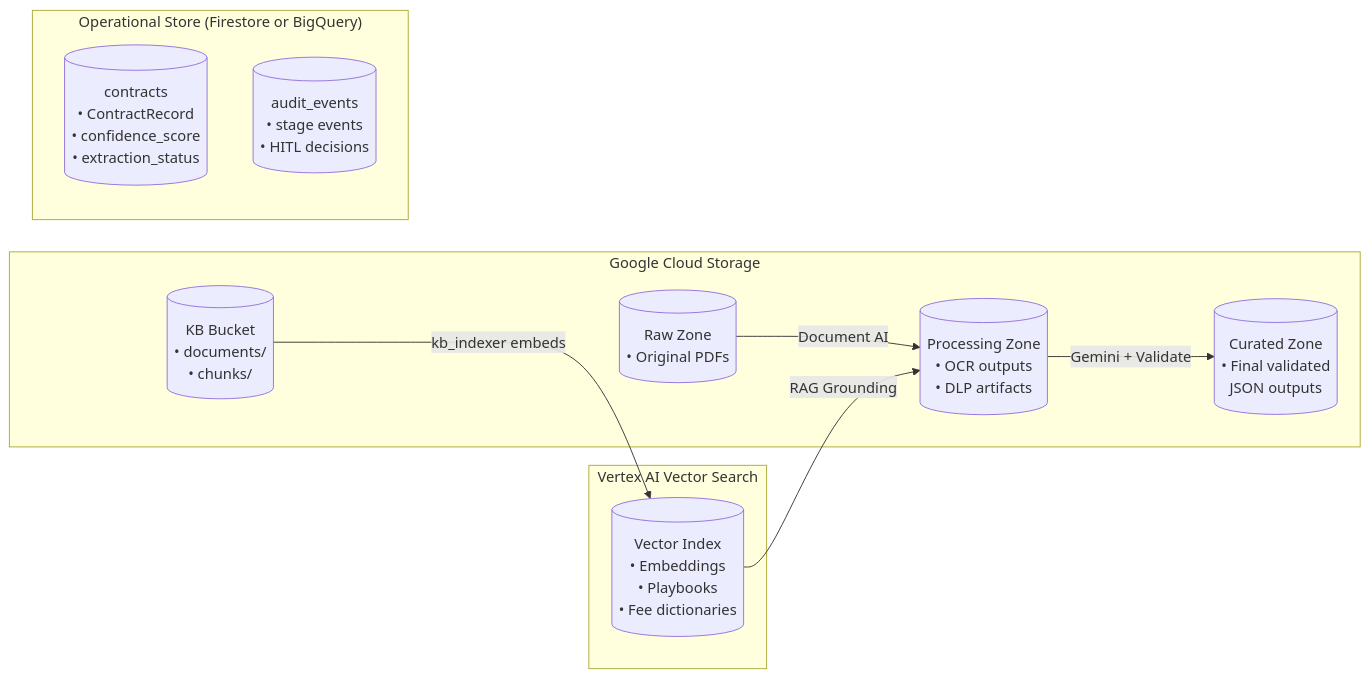
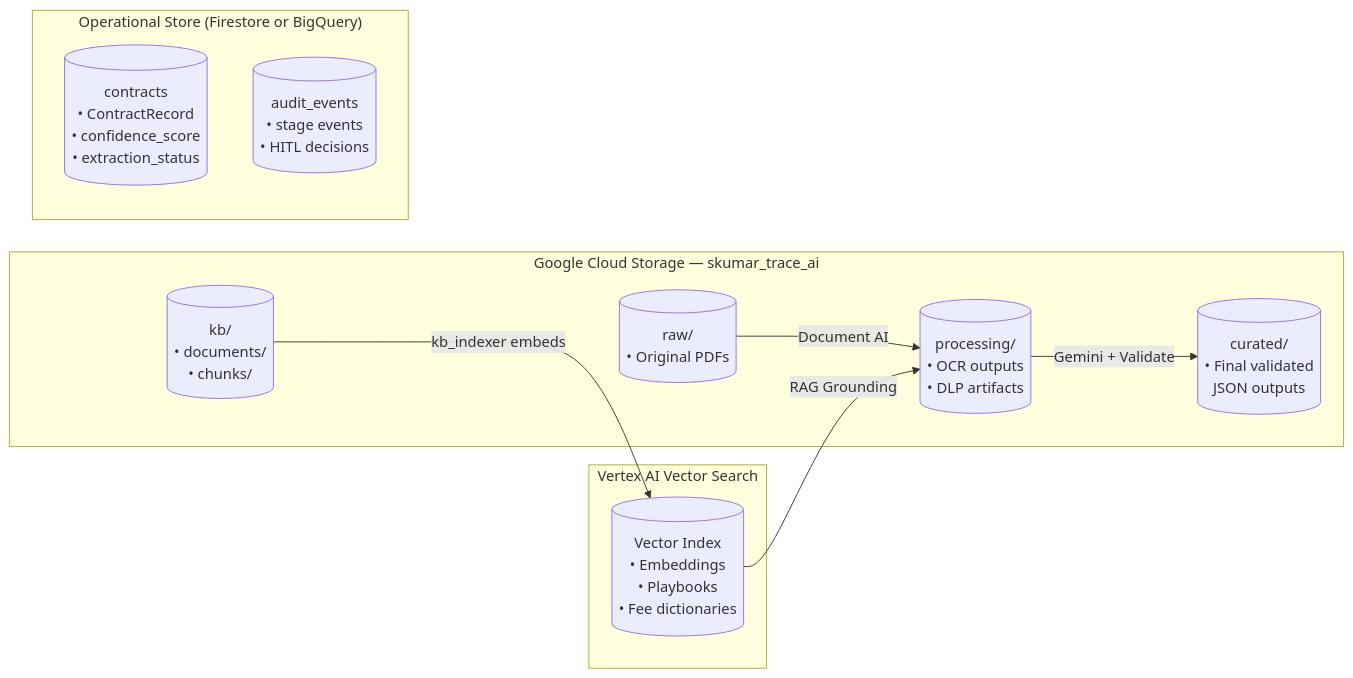
One commit to surendrapayal/trace-document-ai changed the fourth of 5 diagrams in docs/requirement/ARCHITECTURE_GCP.md. Above: the diagram before and after it, drawn with Mermaid. The commit also changed other lines of this file and 9 other files, not shown here.

````diff
--- a/docs/requirement/ARCHITECTURE_GCP.md
+++ b/docs/requirement/ARCHITECTURE_GCP.md
@@ -181,23 +181,23 @@
 ```mermaid
 graph LR
-    subgraph GCS["Google Cloud Storage"]
-        RAW[("Raw Zone\n• Original PDFs")]
-        PROC[("Processing Zone\n• OCR outputs\n• DLP artifacts")]
-        CURATED[("Curated Zone\n• Final validated\n  JSON outputs")]
-        KB[("KB Bucket\n• documents/\n• chunks/")]
+    subgraph GCS["Google Cloud Storage — skumar_trace_ai"]
+        RAW[("raw/\n• Original PDFs")]
+        PROC[("processing/\n• OCR outputs\n• DLP artifacts")]
+        CURATED[("curated/\n• Final validated\n  JSON outputs")]
+        KB[("kb/\n• documents/\n• chunks/")]
     end
 
     subgraph VECTOR["Vertex AI Vector Search"]
         IDX[("Vector Index\n• Embeddings\n• Playbooks\n• Fee dictionaries")]
     end
 
     subgraph FS["Operational Store (Firestore or BigQuery)"]
         CONTRACTS[("contracts\n• ContractRecord\n• confidence_score\n• extraction_status")]
         AUDIT[("audit_events\n• stage events\n• HITL decisions")]
     end
 
     RAW -->|"Document AI"| PROC
     PROC -->|"Gemini + Validate"| CURATED
     KB -->|"kb_indexer embeds"| IDX
     IDX -->|"RAG Grounding"| PROC
 ```
````
